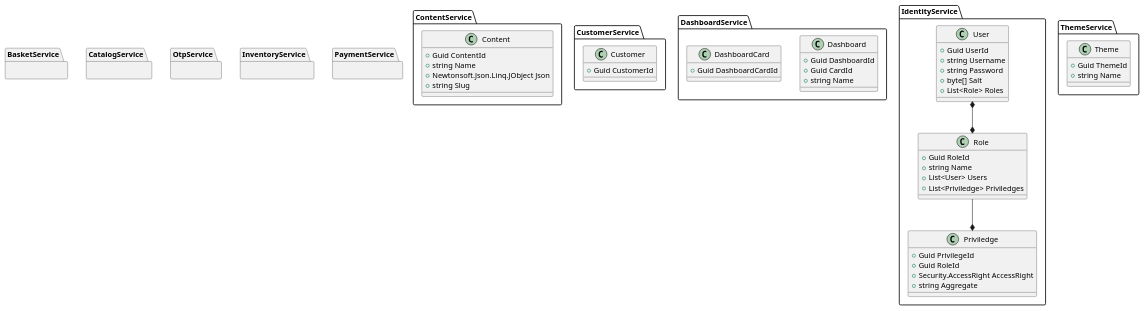
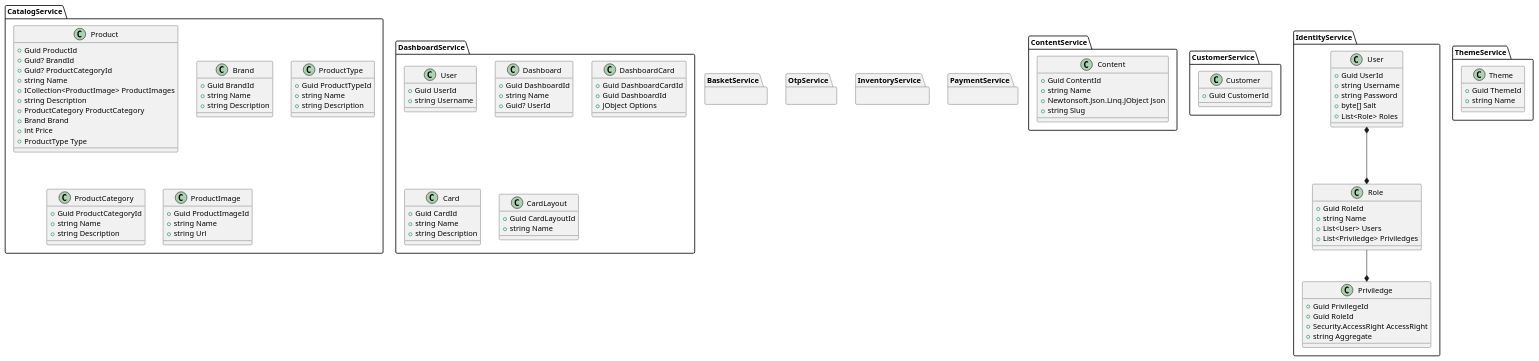
Before and after one commit to QuinntyneBrown/Huntress: the diagram in documentation/model.plantuml, drawn with PlantUML.

```diff
--- a/documentation/model.plantuml
+++ b/documentation/model.plantuml
@@ -1,101 +1,152 @@
 @startuml
 
 package BasketService {
 
 }
 
 
 package CatalogService {
 
+	class Product {
+		+Guid ProductId
+		+Guid? BrandId
+		+Guid? ProductCategoryId
+		+string Name
+		+ICollection<ProductImage> ProductImages
+		+string Description
+		+ProductCategory ProductCategory
+		+Brand Brand
+		+int Price
+		+ProductType Type		
+	}
+	
+	class Brand {
+		+Guid BrandId
+		+string Name
+		+string Description
+	}
+	
+	class ProductType {
+		+Guid ProductTypeId
+		+string Name
+		+string Description
+	}
+	
+	class ProductCategory {
+		+Guid ProductCategoryId
+		+string Name
+		+string Description
+	}	
+	
+	class ProductImage {
+		+Guid ProductImageId
+		+string Name
+		+string Url
+	}
 }
 
 
 
 package ContentService {
 	class Content {
 		+Guid ContentId
 		+string Name
 		+Newtonsoft.Json.Linq.JObject Json
 		+string Slug
 	}
 }
 
 package CustomerService {
 	class Customer {
 		+Guid CustomerId
 	}
 }
 
 
 package DashboardService {
 
+	class User {
+		+Guid UserId
+		+string Username
+	}
+
 	class Dashboard {
 		+Guid DashboardId
+		+string Name
+		+Guid? UserId
 	}
 	
 	class DashboardCard {
 		+Guid DashboardCardId
+		+Guid DashboardId
+		+JObject Options
 	}
 	
-	class Dashboard {
+	class Card {
 		+Guid CardId
 		+string Name
+		+string Description
 	}
+	
+	class CardLayout {
+		+Guid CardLayoutId
+		+string Name
+	}	
 }
 
 
 package IdentityService {
 
 	class User { 
 		+Guid UserId
 		+string Username
 		+string Password
 		+byte[] Salt
 		+List<Role> Roles
 	}
 
 	class Role {
 		+Guid RoleId
 		+string Name
 		+List<User> Users
 		+List<Priviledge> Priviledges
 	}
 
 	class Priviledge
 	{
 		+Guid PrivilegeId
 		+Guid RoleId
 		+Security.AccessRight AccessRight
 		+string Aggregate
 	}
 
 	User *--* Role
 	Role --* Priviledge
 }
 
 package OtpService {
 
 }
 
 package CustomerService {
 
 }
 
 
 package InventoryService {
 
 }
 
 package PaymentService {
 
 }
 
 package ThemeService {
 	class Theme {
 		+Guid ThemeId
 		+string Name
 	}
 }
 
 
 @enduml
```
